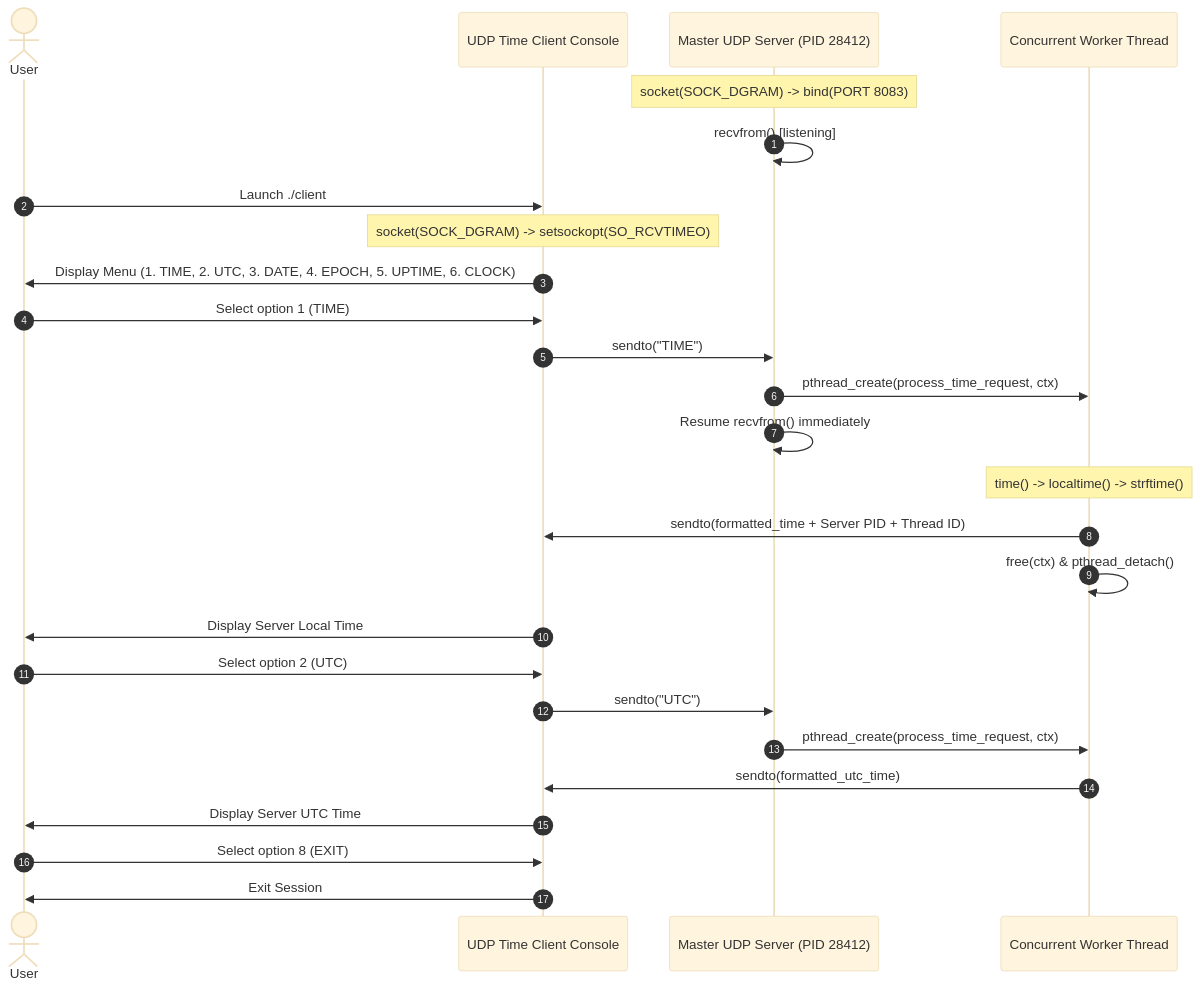
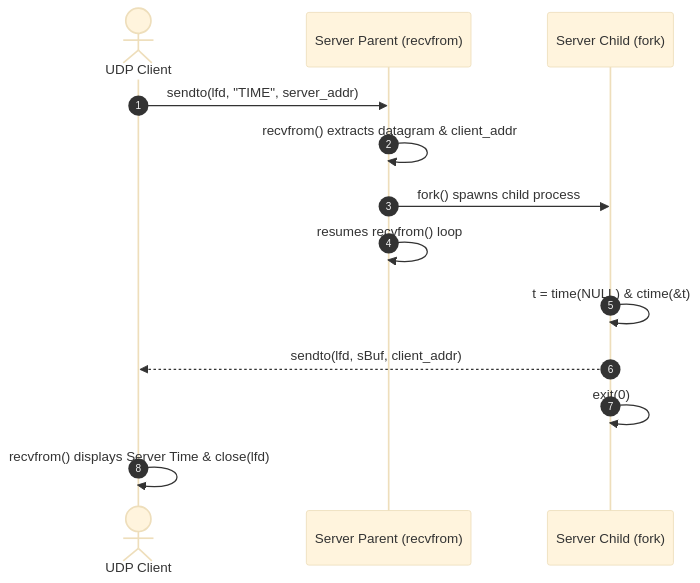
Before and after one commit to tott1o/networks_lab_ktu_s5_24scheme: the second of 2 diagrams in exp08_udp_concurrent_time_server/RECORD.md, drawn with Mermaid (base theme). The commit also changed other lines of this file and 66 other files, not shown here.

````diff
--- a/exp08_udp_concurrent_time_server/RECORD.md
+++ b/exp08_udp_concurrent_time_server/RECORD.md
@@ -67,34 +51,16 @@
 ```mermaid
 sequenceDiagram
     autonumber
-    actor User
-    participant Client as UDP Time Client Console
-    participant Master as Master UDP Server (PID 28412)
-    participant Worker as Concurrent Worker Thread
+    actor Client as UDP Client
+    participant Parent as Server Parent (recvfrom)
+    participant Child as Server Child (fork)
 
-    Note over Master: socket(SOCK_DGRAM) -> bind(PORT 8083)
-    Master->>Master: recvfrom() [listening]
-    
-    User->>Client: Launch ./client
-    Note over Client: socket(SOCK_DGRAM) -> setsockopt(SO_RCVTIMEO)
-    Client->>User: Display Menu (1. TIME, 2. UTC, 3. DATE, 4. EPOCH, 5. UPTIME, 6. CLOCK)
-    
-    User->>Client: Select option 1 (TIME)
-    Client->>Master: sendto("TIME")
-    Master->>Worker: pthread_create(process_time_request, ctx)
-    Master->>Master: Resume recvfrom() immediately
-    
-    Note over Worker: time() -> localtime() -> strftime()
-    Worker->>Client: sendto(formatted_time + Server PID + Thread ID)
-    Worker->>Worker: free(ctx) & pthread_detach()
-    Client->>User: Display Server Local Time
-    
-    User->>Client: Select option 2 (UTC)
-    Client->>Master: sendto("UTC")
-    Master->>Worker: pthread_create(process_time_request, ctx)
-    Worker->>Client: sendto(formatted_utc_time)
-    Client->>User: Display Server UTC Time
-
-    User->>Client: Select option 8 (EXIT)
-    Client->>User: Exit Session
+    Client->>Parent: sendto(lfd, "TIME", server_addr)
+    Parent->>Parent: recvfrom() extracts datagram & client_addr
+    Parent->>Child: fork() spawns child process
+    Parent->>Parent: resumes recvfrom() loop
+    Child->>Child: t = time(NULL) & ctime(&t)
+    Child-->>Client: sendto(lfd, sBuf, client_addr)
+    Child->>Child: exit(0)
+    Client->>Client: recvfrom() displays Server Time & close(lfd)
 ```
````
